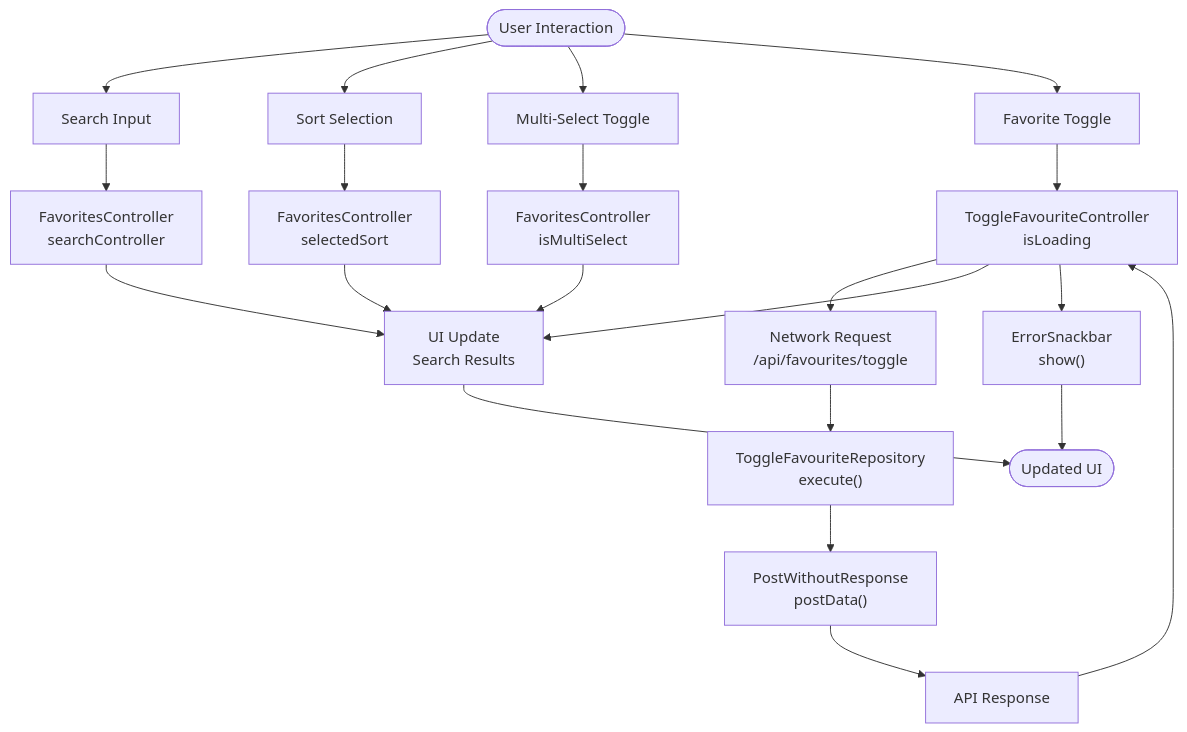
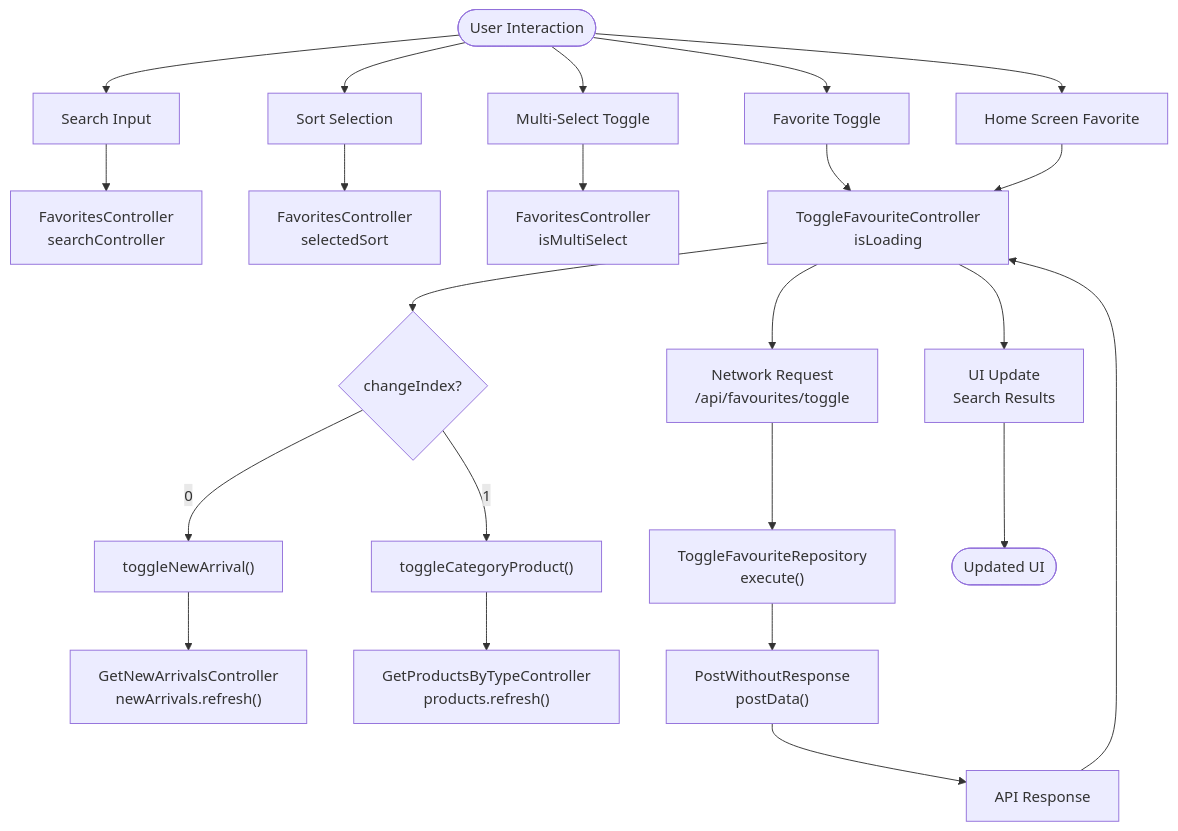
Before and after one commit to Ariful3111/FurniGo: the tenth of 10 diagrams in .qoder/repowiki/en/content/Core Features/Favorites Module.md, drawn with Mermaid. The commit also changed other lines of this file and 13 other files, not shown here.

````diff
--- a/.qoder/repowiki/en/content/Core Features/Favorites Module.md
+++ b/.qoder/repowiki/en/content/Core Features/Favorites Module.md
@@ -403,23 +504,25 @@
 ```mermaid
 flowchart TD
 Start([User Interaction]) --> SearchInput["Search Input"]
 Start --> SortSelect["Sort Selection"]
 Start --> MultiSelect["Multi-Select Toggle"]
 Start --> FavoriteToggle["Favorite Toggle"]
+Start --> HomeFavorite["Home Screen Favorite"]
 SearchInput --> SearchController["FavoritesController<br/>searchController"]
 SortSelect --> SortController["FavoritesController<br/>selectedSort"]
 MultiSelect --> MultiController["FavoritesController<br/>isMultiSelect"]
 FavoriteToggle --> ToggleController["ToggleFavouriteController<br/>isLoading"]
-SearchController --> UIUpdate["UI Update<br/>Search Results"]
-SortController --> UIUpdate
-MultiController --> UIUpdate
+HomeFavorite --> ToggleController
+ToggleController --> ContextCheck{"changeIndex?"}
+ContextCheck --> |0| NewArrival["toggleNewArrival()"]
+ContextCheck --> |1| CategoryProduct["toggleCategoryProduct()"]
+NewArrival --> NewArrivalController["GetNewArrivalsController<br/>newArrivals.refresh()"]
+CategoryProduct --> CategoryController["GetProductsByTypeController<br/>products.refresh()"]
 ToggleController --> NetworkCall["Network Request<br/>/api/favourites/toggle"]
 NetworkCall --> RepoExecute["ToggleFavouriteRepository<br/>execute()"]
 RepoExecute --> PostRequest["PostWithoutResponse<br/>postData()"]
 PostRequest --> ApiResponse["API Response"]
 ApiResponse --> ToggleController
-ToggleController --> UIUpdate
-ToggleController --> ErrorHandling["ErrorSnackbar<br/>show()"]
+ToggleController --> UIUpdate["UI Update<br/>Search Results"]
 UIUpdate --> End([Updated UI])
-ErrorHandling --> End
 ```
````
